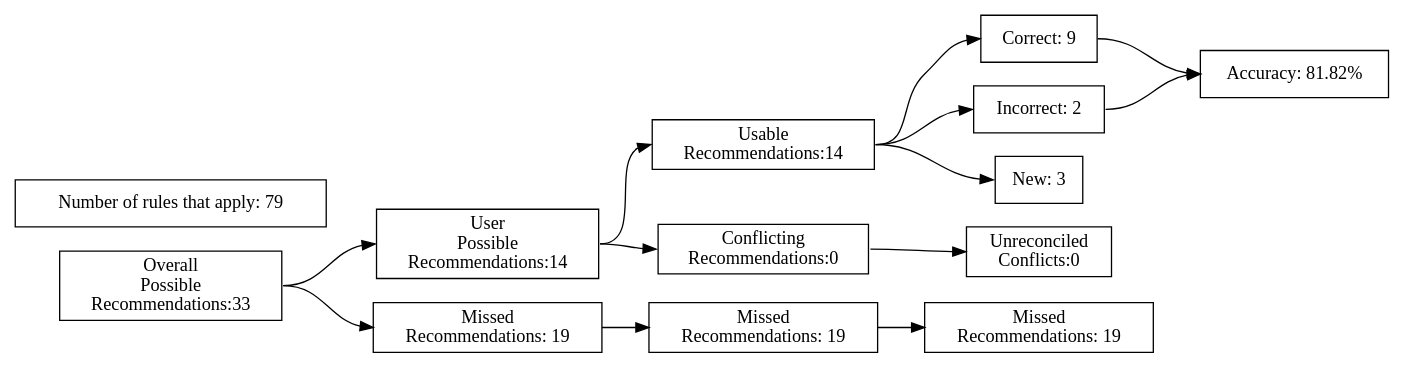
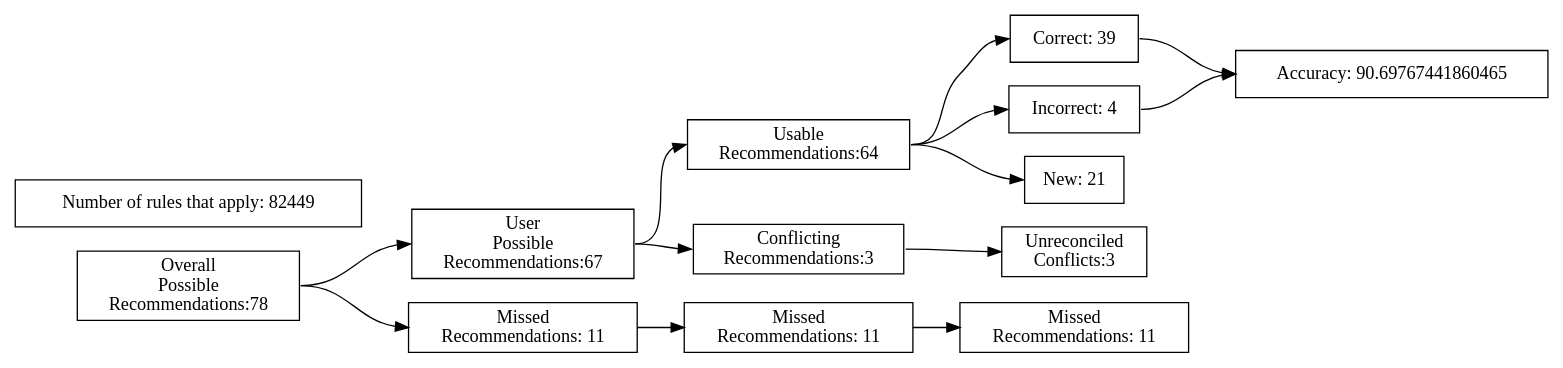
One commit to ZaxR/ibd_diet_analysis changed the diagram in test_renders/34.gv. Above: the diagram before and after it, drawn with Graphviz. The commit also changed 231 other files, not shown here.

```diff
--- a/test_renders/34.gv
+++ b/test_renders/34.gv
@@ -1,40 +1,40 @@
 digraph {
 	graph [rankdir=LR]
 	node [pos=r shape=box]
 	edge [headport=w tailport=e]
 		A [label="Overall
 Possible
-Recommendations:33"]
+Recommendations:78"]
 		B [label="User
 Possible
-Recommendations:14"]
+Recommendations:67"]
 		C [label="Missed
-Recommendations: 19"]
+Recommendations: 11"]
 		D [label="Usable
-Recommendations:14"]
+Recommendations:64"]
 		E [label="Conflicting
-Recommendations:0"]
+Recommendations:3"]
 		J [label="Missed
-Recommendations: 19"]
+Recommendations: 11"]
 		M [label="Unreconciled
-Conflicts:0"]
-		F [label="Correct: 9"]
-		G [label="Incorrect: 2"]
-		H [label="New: 3"]
+Conflicts:3"]
+		F [label="Correct: 39"]
+		G [label="Incorrect: 4"]
+		H [label="New: 21"]
 		K [label="Missed
-Recommendations: 19"]
-		I [label="Accuracy: 81.82%"]
-		l [label="Number of rules that apply: 79"]
+Recommendations: 11"]
+		I [label="Accuracy: 90.69767441860465"]
+		l [label="Number of rules that apply: 82449"]
 			A -> B
 			A -> C
 			B -> D
 			B -> E
 			D -> F
 			D -> G
 			D -> H
 			F -> I
 			G -> I
 			C -> J
 			J -> K
 			E -> M
 }
```
